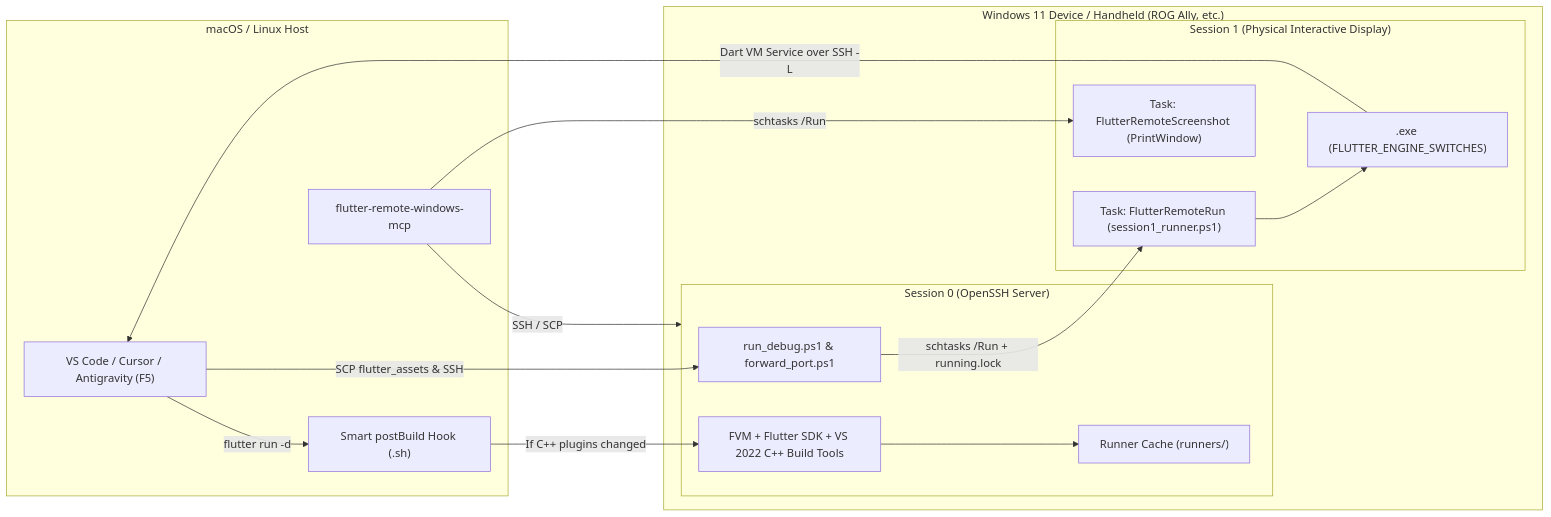
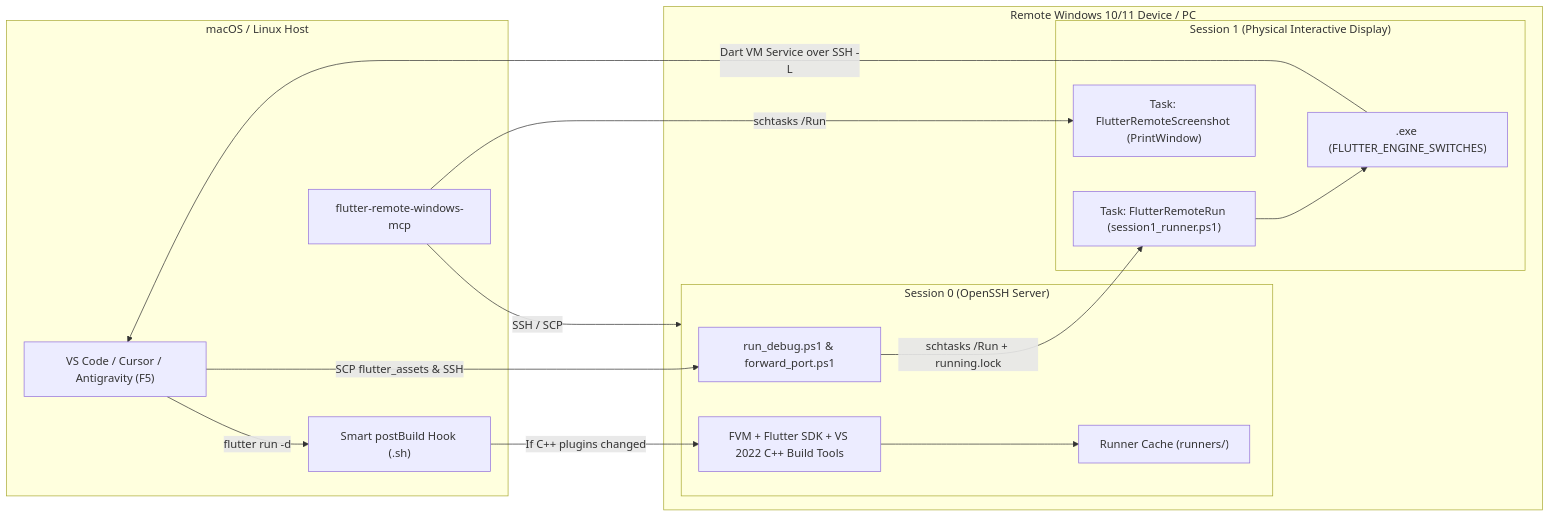
One commit to brktlhylmz/flutter-remote-windows-mcp changed the diagram in README.md. Above: the diagram before and after it, drawn with Mermaid. The commit also changed other lines of this file and 4 other files, not shown here.

Commit message:
refactor: generalize remote windows references and clean specific device/personal identifiers

````diff
--- a/README.md
+++ b/README.md
@@ -45,31 +45,31 @@
 ```mermaid
 flowchart LR
   subgraph Host["macOS / Linux Host"]
     IDE["VS Code / Cursor / Antigravity (F5)"]
     MCP["flutter-remote-windows-mcp"]
     Hook["Smart postBuild Hook (.sh)"]
   end
 
-  subgraph Win["Windows 11 Device / Handheld (ROG Ally, etc.)"]
+  subgraph Win["Remote Windows 10/11 Device / PC"]
     subgraph S0["Session 0 (OpenSSH Server)"]
       RunDebug["run_debug.ps1 & forward_port.ps1"]
       Builder["FVM + Flutter SDK + VS 2022 C++ Build Tools"]
       Cache["Runner Cache (runners/<appName>)"]
     end
     subgraph S1["Session 1 (Physical Interactive Display)"]
       TaskRun["Task: FlutterRemoteRun (session1_runner.ps1)"]
       App["<appName>.exe (FLUTTER_ENGINE_SWITCHES)"]
       TaskShot["Task: FlutterRemoteScreenshot (PrintWindow)"]
     end
   end
 
   MCP -->|SSH / SCP| S0
   IDE -->|flutter run -d <device_id>| Hook
   Hook -->|If C++ plugins changed| Builder
   Builder --> Cache
   IDE -->|SCP flutter_assets & SSH| RunDebug
   RunDebug -->|schtasks /Run + running.lock| TaskRun
   TaskRun --> App
   App -->|Dart VM Service over SSH -L| IDE
   MCP -->|schtasks /Run| TaskShot
 ```
````
